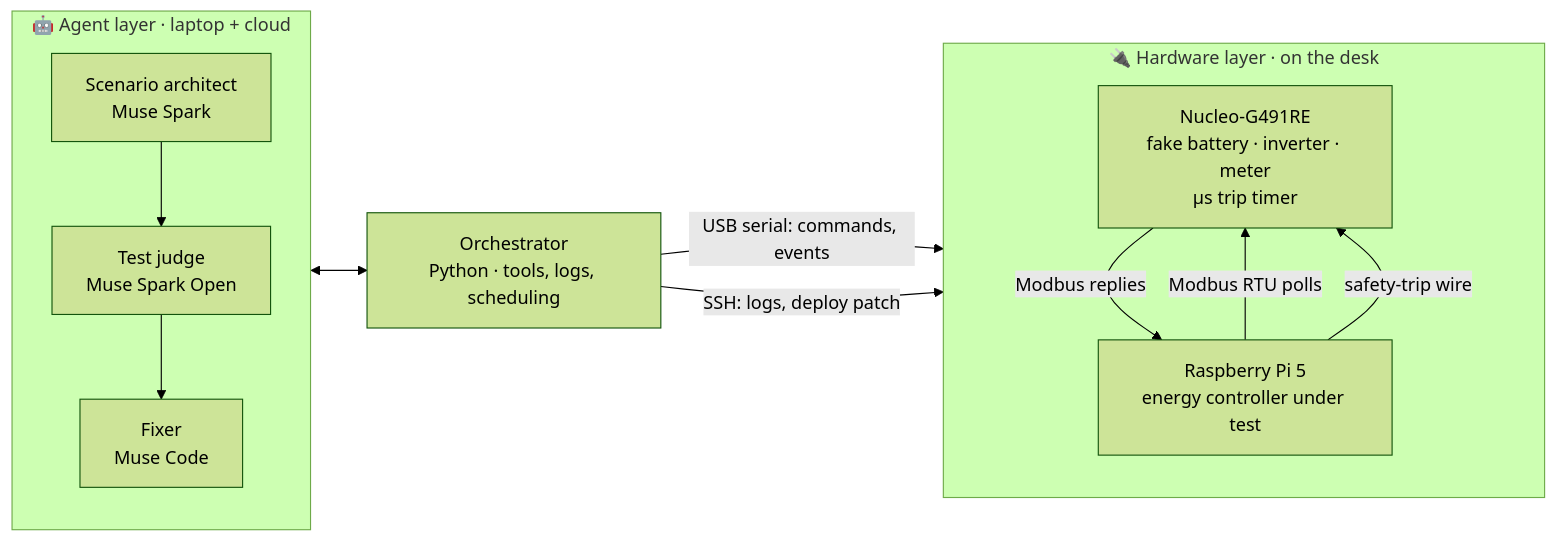
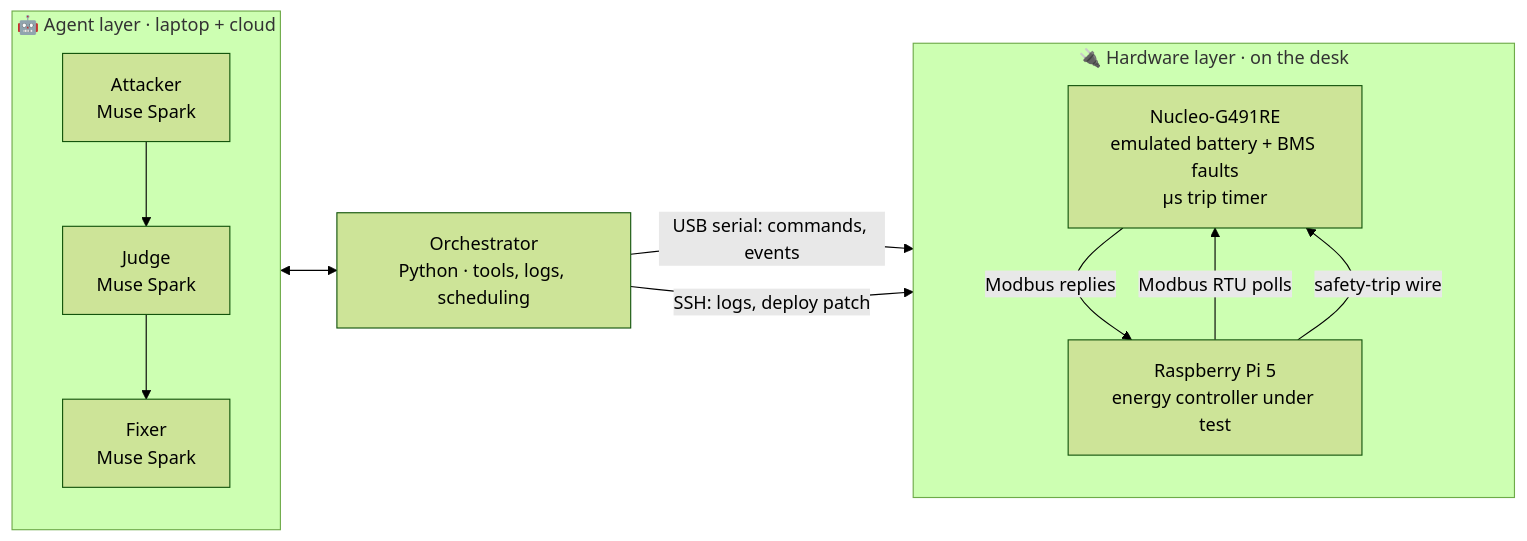
One commit to SujahathMSM/gridtwin changed the first of 3 diagrams in README.md. Above: the diagram before and after it, drawn with Mermaid (forest theme). The commit also changed other lines of this file, not shown here.

````diff
--- a/README.md
+++ b/README.md
@@ -55,25 +55,25 @@
 ```mermaid
 flowchart LR
     subgraph AI["🤖 Agent layer · laptop + cloud"]
         direction TB
-        A["Scenario architect<br/>Muse Spark"]
-        J["Test judge<br/>Muse Spark Open"]
-        F["Fixer<br/>Muse Code"]
+        A["Attacker<br/>Muse Spark"]
+        J["Judge<br/>Muse Spark"]
+        F["Fixer<br/>Muse Spark"]
         A --> J --> F
     end
 
     O["Orchestrator<br/>Python · tools, logs, scheduling"]
 
     subgraph HW["🔌 Hardware layer · on the desk"]
         direction TB
-        N["Nucleo-G491RE<br/>fake battery · inverter · meter<br/>µs trip timer"]
+        N["Nucleo-G491RE<br/>emulated battery + BMS faults<br/>µs trip timer"]
         P["Raspberry Pi 5<br/>energy controller under test"]
     end
 
     AI <--> O
     O -- "USB serial: commands, events" --> N
     O -- "SSH: logs, deploy patch" --> P
     P -- "Modbus RTU polls" --> N
     N -- "Modbus replies" --> P
     P -- "safety-trip wire" --> N
 ```
````
